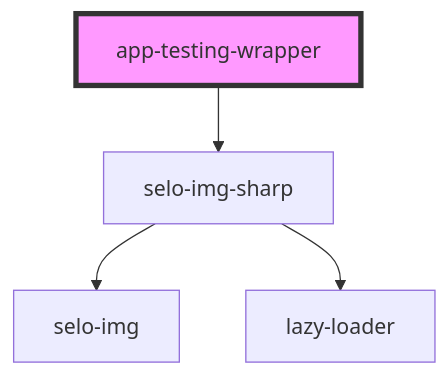
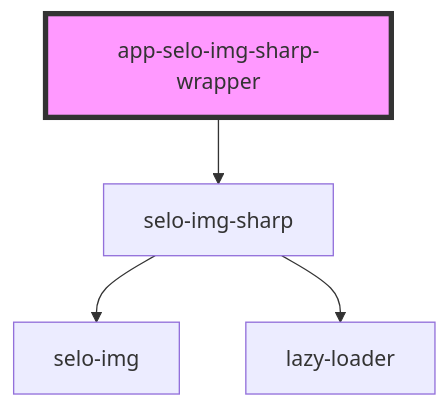
The diagram in src/components/app-selo-img-sharp-wrapper/readme.md (selodev/selo-image-sharp), drawn with Mermaid before and after one commit. The commit also changed 7 other files, not shown here.

````diff
--- a/src/components/app-selo-img-sharp-wrapper/readme.md
+++ b/src/components/app-selo-img-sharp-wrapper/readme.md
@@ -24,7 +24,7 @@
 ```mermaid
 graph TD;
-  app-testing-wrapper --> selo-img-sharp
+  app-selo-img-sharp-wrapper --> selo-img-sharp
   selo-img-sharp --> selo-img
   selo-img-sharp --> lazy-loader
-  style app-testing-wrapper fill:#f9f,stroke:#333,stroke-width:4px
+  style app-selo-img-sharp-wrapper fill:#f9f,stroke:#333,stroke-width:4px
 ```
````
